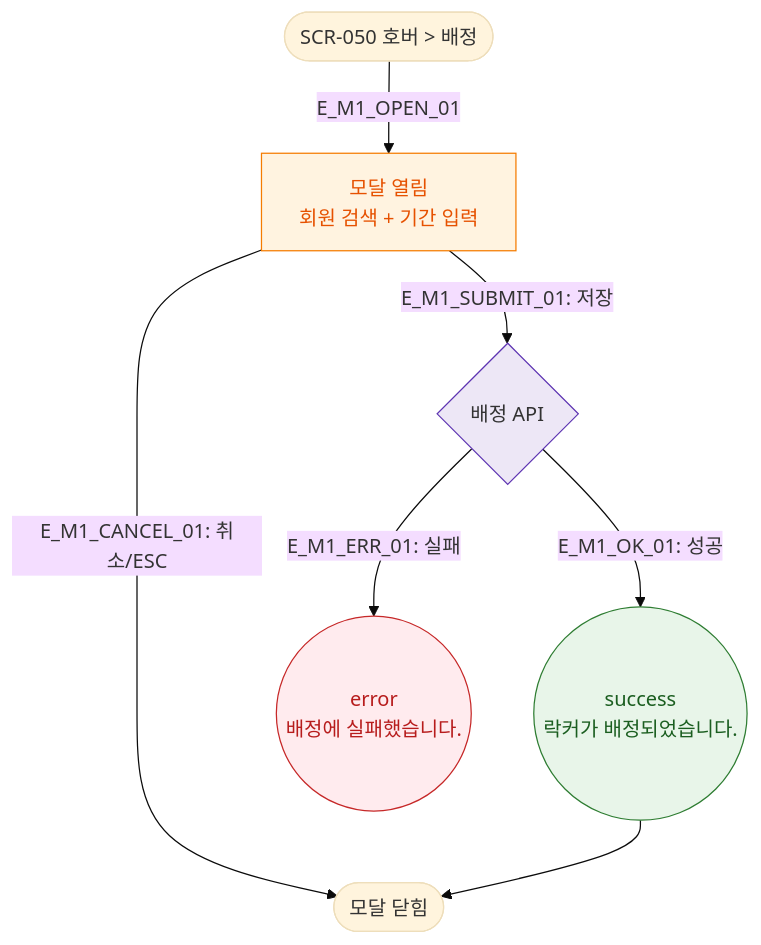
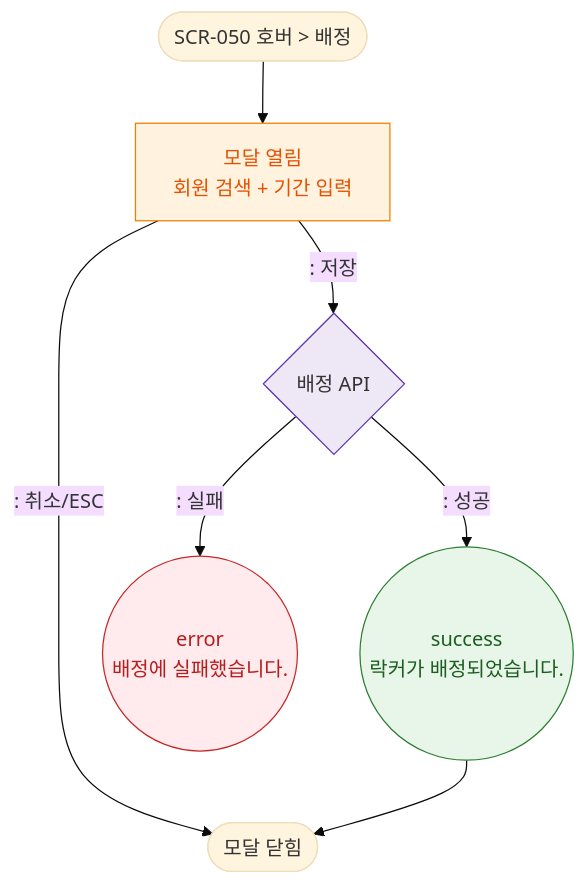
One commit to dev-spogym/admin-pando changed the diagram in docs/다이어그램/D06_시설관리/DLG/DLG-050-004_개별배정/M1_생명주기.md. Above: the diagram before and after it, drawn with Mermaid (base theme). The commit also changed other lines of this file and 1660 other files, not shown here.

First line of the commit message:
다이어그램: 기획자/클라이언트 납품본으로 정리

````diff
--- a/docs/다이어그램/D06_시설관리/DLG/DLG-050-004_개별배정/M1_생명주기.md
+++ b/docs/다이어그램/D06_시설관리/DLG/DLG-050-004_개별배정/M1_생명주기.md
@@ -16,18 +14,18 @@
 ```mermaid
 flowchart TD
-    TRIGGER([SCR-050 호버 > 배정]) -->|E_M1_OPEN_01| OPEN[모달 열림\n회원 검색 + 기간 입력]
-    OPEN -->|"E_M1_SUBMIT_01: 저장"| AssignAPI{배정 API}
-    AssignAPI -->|"E_M1_OK_01: 성공"| SUCCESS((success\n락커가 배정되었습니다.))
-    AssignAPI -->|"E_M1_ERR_01: 실패"| FAIL((error\n배정에 실패했습니다.))
-    OPEN -->|"E_M1_CANCEL_01: 취소/ESC"| CLOSED([모달 닫힘])
+    TRIGGER([SCR-050 호버 > 배정]) --> OPEN[모달 열림\n회원 검색 + 기간 입력]
+    OPEN -->|": 저장"|AssignAPI{배정 API}
+    AssignAPI -->|": 성공"|SUCCESS((success\n락커가 배정되었습니다.))
+    AssignAPI -->|": 실패"|FAIL((error\n배정에 실패했습니다.))
+    OPEN -->|": 취소/ESC"|CLOSED([모달 닫힘])
     SUCCESS --> CLOSED
 
     classDef modal fill:#FFF3E0,stroke:#F57C00,color:#E65100
     classDef success fill:#E8F5E9,stroke:#2E7D32,color:#1B5E20
     classDef error fill:#FFEBEE,stroke:#C62828,color:#B71C1C
     classDef system fill:#EDE7F6,stroke:#5E35B2
     class OPEN modal
     class SUCCESS success
     class FAIL error
     class AssignAPI system
 ```
````
